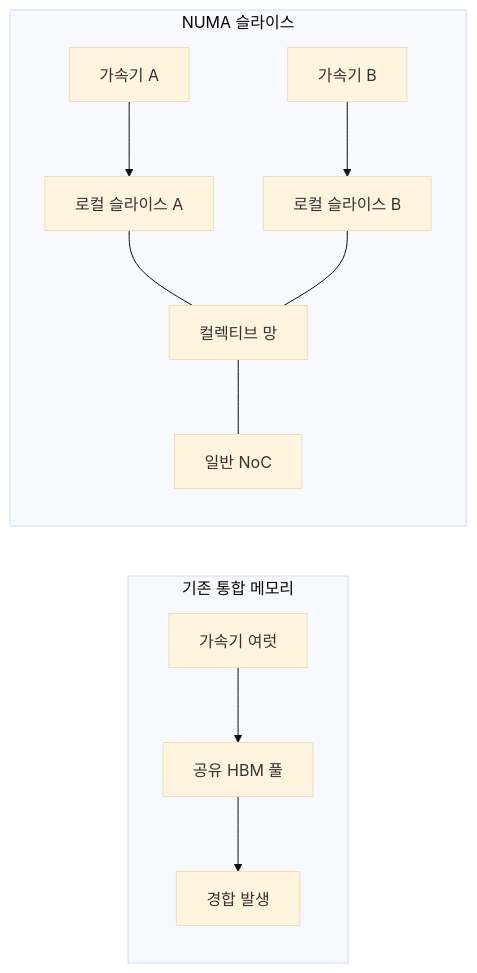
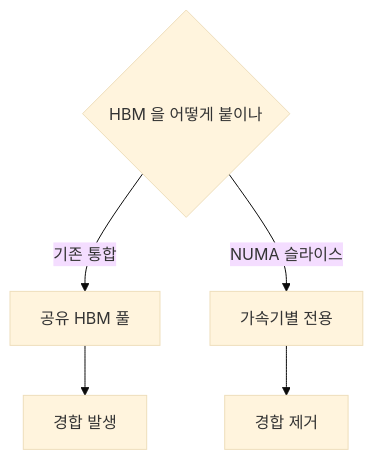
Before and after one commit to yohan4477/semi-report: the fifth of 10 diagrams in insights/frames/exp/2026-08-27-openai-jalapeno-tech-opus.md, drawn with Mermaid (base theme). The commit also changed other lines of this file and 2 other files, not shown here.

````diff
--- a/insights/frames/exp/2026-08-27-openai-jalapeno-tech-opus.md
+++ b/insights/frames/exp/2026-08-27-openai-jalapeno-tech-opus.md
@@ -160,14 +142,8 @@
 ```mermaid
-flowchart LR
-    subgraph 이전["기존 통합 메모리"]
-        X1["가속기 여럿"] --> X2["공유 HBM 풀"]
-        X2 --> X3["경합 발생"]
-    end
-    subgraph 이후["NUMA 슬라이스"]
-        Y1["가속기 A"] --> Y2["로컬 슬라이스 A"]
-        Y3["가속기 B"] --> Y4["로컬 슬라이스 B"]
-        Y2 --- Y5["컬렉티브 망"]
-        Y4 --- Y5
-        Y5 --- Y6["일반 NoC"]
-    end
+flowchart TD
+    R{"HBM 을 어떻게 붙이나"}
+    R -->|기존 통합| X1["공유 HBM 풀"]
+    X1 --> X2["경합 발생"]
+    R -->|NUMA 슬라이스| Y1["가속기별 전용"]
+    Y1 --> Y2["경합 제거"]
 ```
````
